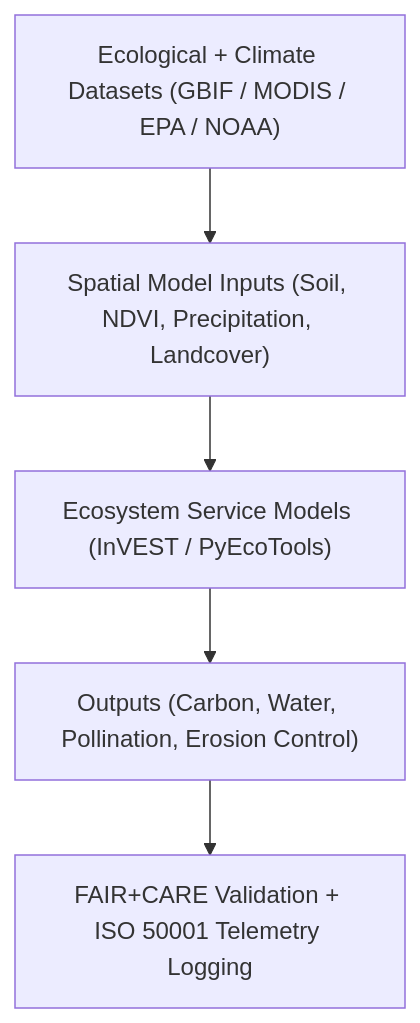
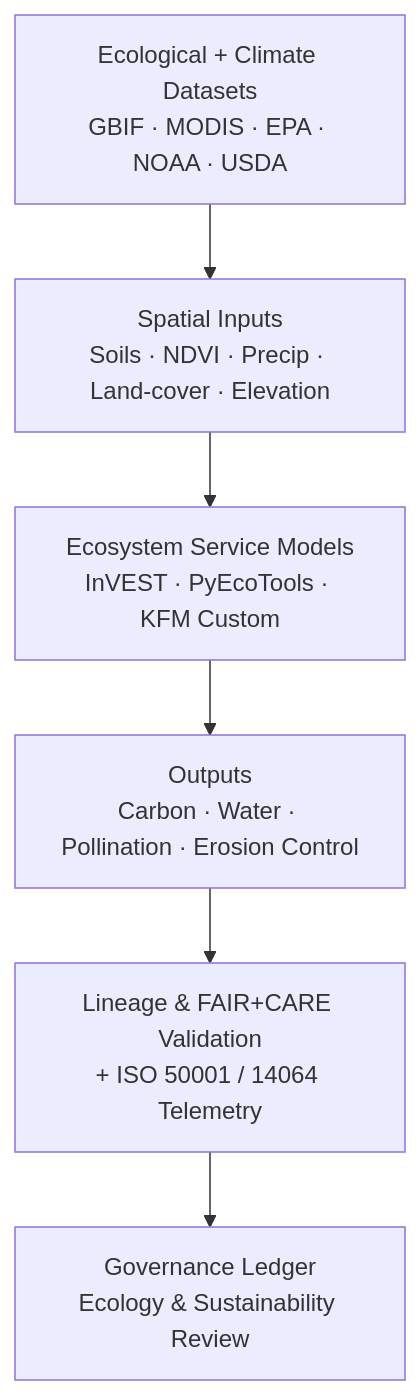
The diagram in docs/analyses/ecology/ecosystem-services.md (bartytime4life/Kansas-Frontier-Matrix), drawn with Mermaid before and after one commit. The commit also changed other lines of this file, not shown here.

````diff
--- a/docs/analyses/ecology/ecosystem-services.md
+++ b/docs/analyses/ecology/ecosystem-services.md
@@ -57,7 +189,9 @@
-```mermaid
+~~~mermaid
 flowchart TD
-  A["Ecological + Climate Datasets (GBIF / MODIS / EPA / NOAA)"] --> B["Spatial Model Inputs (Soil, NDVI, Precipitation, Landcover)"]
-  B --> C["Ecosystem Service Models (InVEST / PyEcoTools)"]
-  C --> D["Outputs (Carbon, Water, Pollination, Erosion Control)"]
-  D --> E["FAIR+CARE Validation + ISO 50001 Telemetry Logging"]
-```
+  A["Ecological + Climate Datasets<br/>GBIF · MODIS · EPA · NOAA · USDA"]
+    --> B["Spatial Inputs<br/>Soils · NDVI · Precip · Land-cover · Elevation"]
+  B --> C["Ecosystem Service Models<br/>InVEST · PyEcoTools · KFM Custom"]
+  C --> D["Outputs<br/>Carbon · Water · Pollination · Erosion Control"]
+  D --> E["Lineage & FAIR+CARE Validation<br/>+ ISO 50001 / 14064 Telemetry"]
+  E --> F["Governance Ledger<br/>Ecology & Sustainability Review"]
+~~~
````
